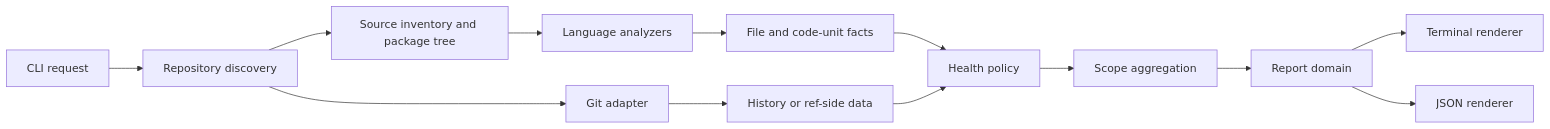
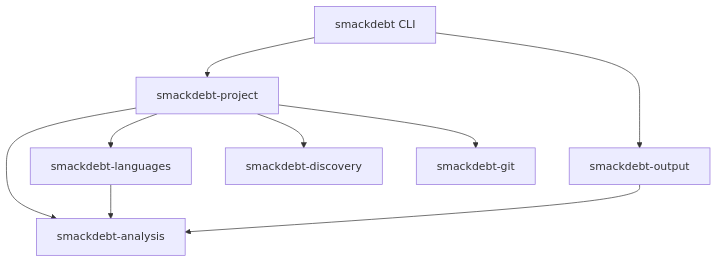
The diagram in ARCHITECTURE.md (bosun-ai/smackdebt), drawn with Mermaid before and after one commit. The commit also changed other lines of this file and 47 other files, not shown here.

````diff
--- a/ARCHITECTURE.md
+++ b/ARCHITECTURE.md
@@ -31,15 +14,11 @@
 ```mermaid
-flowchart LR
-    CLI[CLI request] --> Discovery[Repository discovery]
-    Discovery --> Inventory[Source inventory and package tree]
-    Inventory --> Source[Language analyzers]
-    Discovery --> Git[Git adapter]
-    Source --> Facts[File and code-unit facts]
-    Git --> Activity[History or ref-side data]
-    Facts --> Policy[Health policy]
-    Activity --> Policy
-    Policy --> Aggregate[Scope aggregation]
-    Aggregate --> Report[Report domain]
-    Report --> Terminal[Terminal renderer]
-    Report --> JSON[JSON renderer]
+flowchart TD
+    CLI[smackdebt CLI] --> Project[smackdebt-project]
+    CLI --> Output[smackdebt-output]
+    Project --> Analysis[smackdebt-analysis]
+    Project --> Languages[smackdebt-languages]
+    Project --> Discovery[smackdebt-discovery]
+    Project --> Git[smackdebt-git]
+    Output --> Analysis
+    Languages --> Analysis
 ```
````
